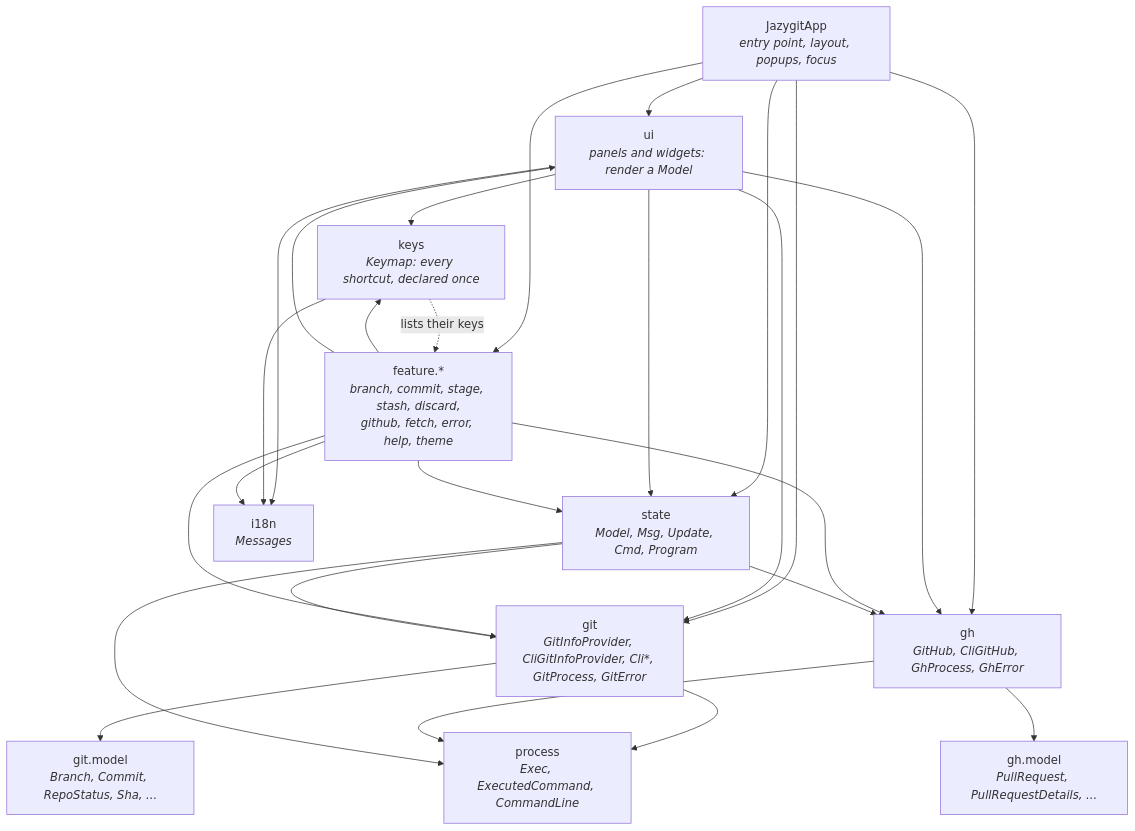
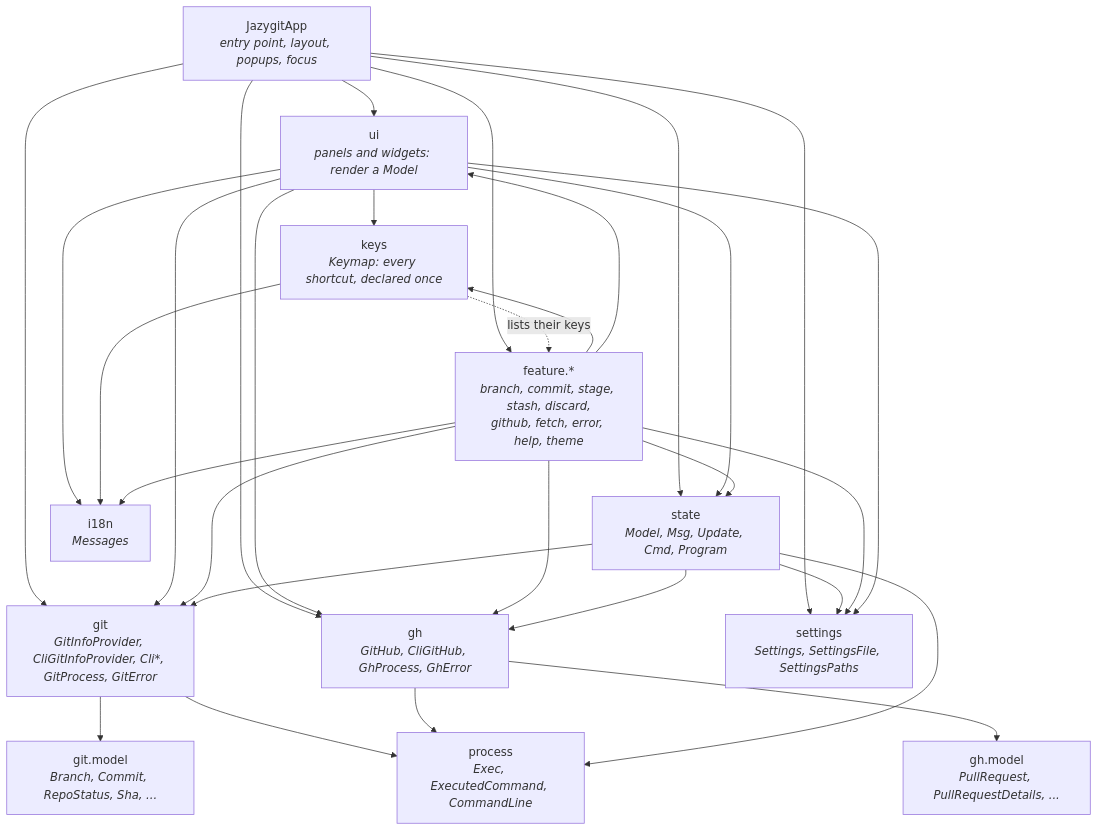
The first of 7 diagrams in ARCHITECTURE.md (cvanfleteren/jazygit), drawn with Mermaid before and after one commit. The commit also changed other lines of this file and 33 other files, not shown here.

````diff
--- a/ARCHITECTURE.md
+++ b/ARCHITECTURE.md
@@ -17,40 +17,45 @@
 ```mermaid
 graph TD
     App["JazygitApp<br/><i>entry point, layout, popups, focus</i>"]
     UI["ui<br/><i>panels and widgets: render a Model</i>"]
     Keys["keys<br/><i>Keymap: every shortcut, declared once</i>"]
     Feature["feature.*<br/><i>branch, commit, stage, stash, discard,<br/>github, fetch, error, help, theme</i>"]
     State["state<br/><i>Model, Msg, Update, Cmd, Program</i>"]
     Git["git<br/><i>GitInfoProvider, CliGitInfoProvider, Cli*, GitProcess, GitError</i>"]
     GitModel["git.model<br/><i>Branch, Commit, RepoStatus, Sha, ...</i>"]
     Gh["gh<br/><i>GitHub, CliGitHub, GhProcess, GhError</i>"]
     GhModel["gh.model<br/><i>PullRequest, PullRequestDetails, ...</i>"]
     Process["process<br/><i>Exec, ExecutedCommand, CommandLine</i>"]
     I18n["i18n<br/><i>Messages</i>"]
+    Settings["settings<br/><i>Settings, SettingsFile, SettingsPaths</i>"]
 
     App --> UI
     App --> State
     App --> Feature
     App --> Git
     App --> Gh
     UI --> Keys
     UI --> State
     UI --> Git
     UI --> Gh
     Keys -. "lists their keys" .-> Feature
     Feature --> Keys
     Feature --> UI
     Feature --> State
     Feature --> Git
     State --> Git
     Git --> GitModel
     Feature --> Gh
     State --> Gh
     Gh --> GhModel
     Git --> Process
     Gh --> Process
     State --> Process
     UI --> I18n
+    App --> Settings
+    State --> Settings
+    Feature --> Settings
+    UI --> Settings
     Keys --> I18n
     Feature --> I18n
 ```
````
